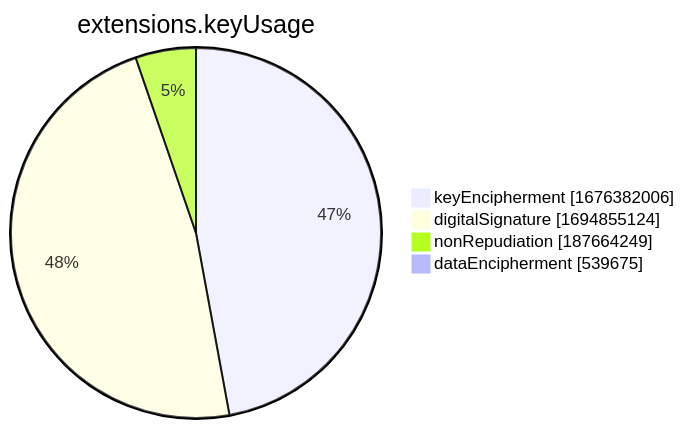
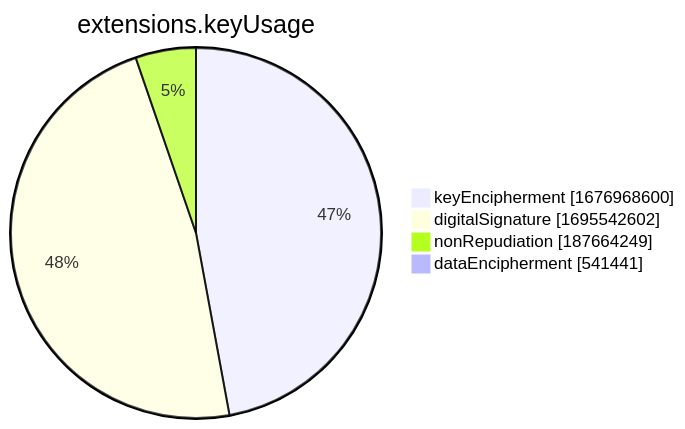
The seventh of 15 diagrams in xenon2022/README.md (christiankrug/ctmonitor_visualization), drawn with Mermaid before and after one commit. The commit also changed other lines of this file, not shown here.

````diff
--- a/xenon2022/README.md
+++ b/xenon2022/README.md
@@ -2857,8 +2857,8 @@
 ```mermaid
 pie showData
 title extensions.keyUsage
-"keyEncipherment" :1676382006
-"digitalSignature" :1694855124
+"keyEncipherment" :1676968600
+"digitalSignature" :1695542602
 "nonRepudiation" :187664249
-"dataEncipherment" :539675
+"dataEncipherment" :541441
 ```
````
